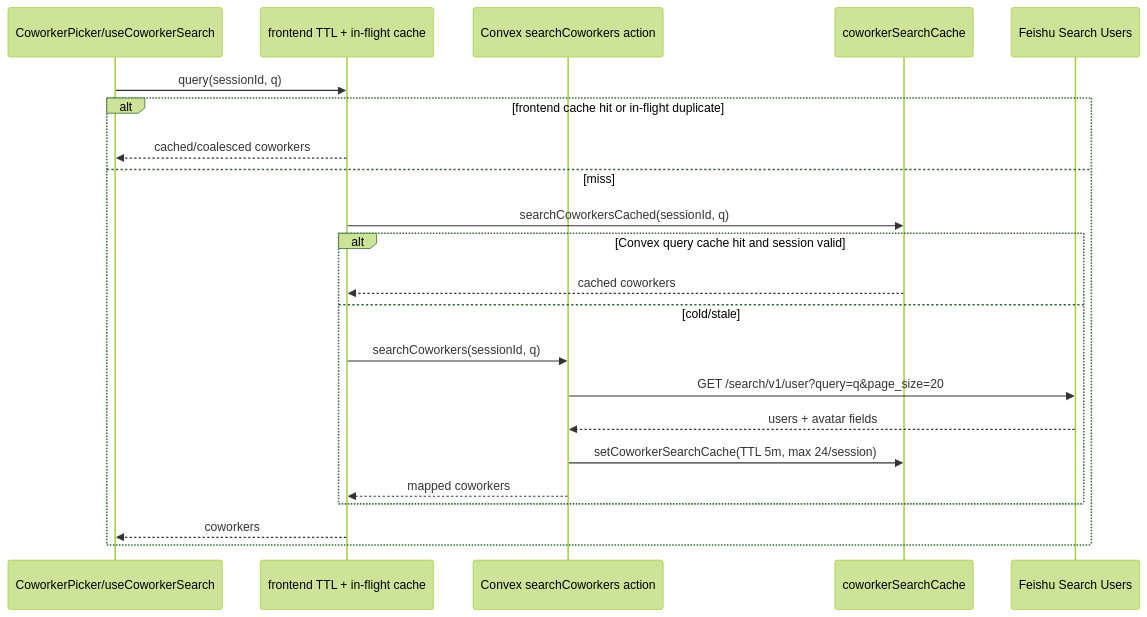
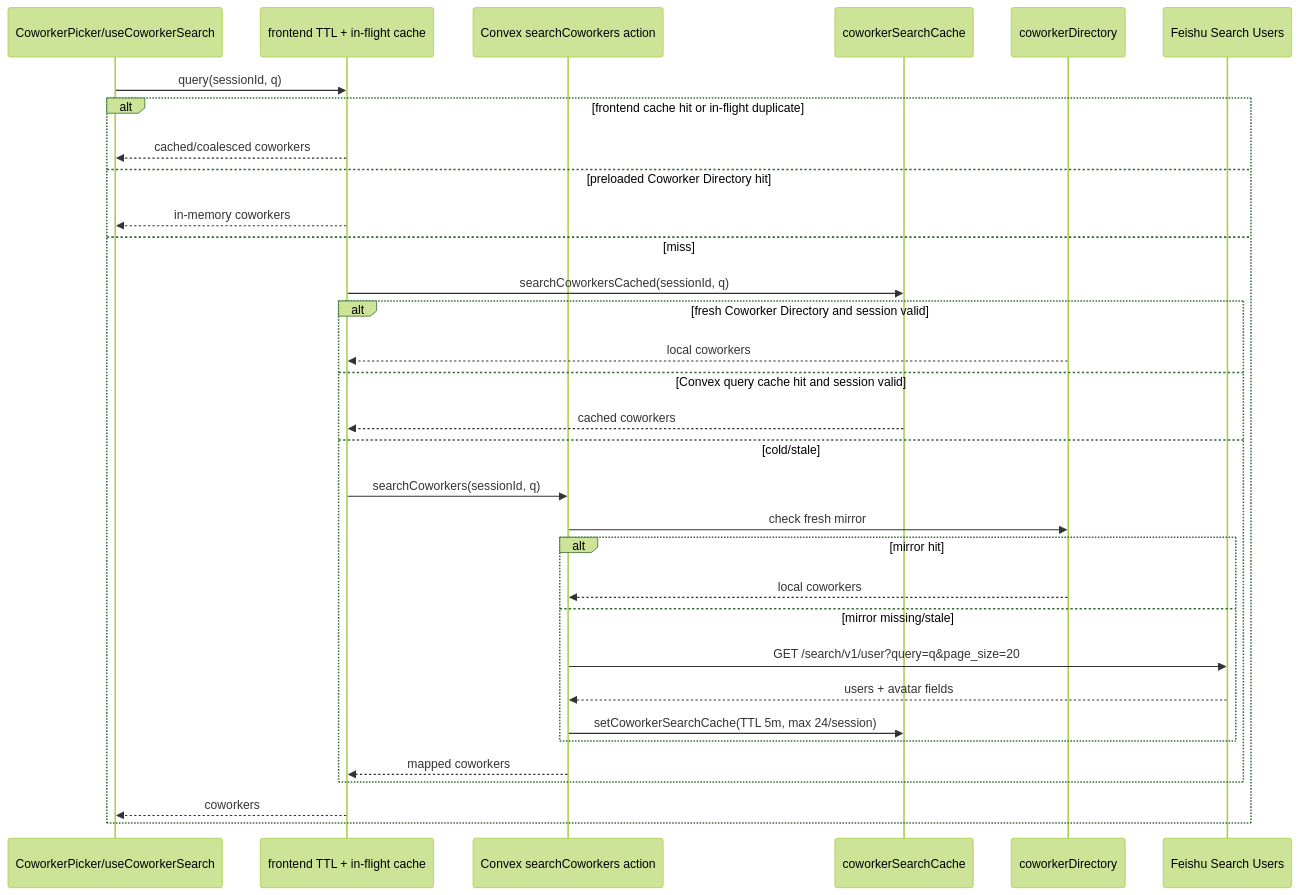
One commit to fpcMotif/outlook-feishu-bridge changed the second of 2 diagrams in docs/search-latency-review-and-recommendations.md. Above: the diagram before and after it, drawn with Mermaid (forest theme). The commit also changed other lines of this file and 19 other files, not shown here.

````diff
--- a/docs/search-latency-review-and-recommendations.md
+++ b/docs/search-latency-review-and-recommendations.md
@@ -35,25 +36,35 @@
 ```mermaid
 sequenceDiagram
   participant UI as CoworkerPicker/useCoworkerSearch
   participant Mem as frontend TTL + in-flight cache
   participant A as Convex searchCoworkers action
   participant DB as coworkerSearchCache
+  participant CD as coworkerDirectory
   participant F as Feishu Search Users
 
   UI->>Mem: query(sessionId, q)
   alt frontend cache hit or in-flight duplicate
     Mem-->>UI: cached/coalesced coworkers
+  else preloaded Coworker Directory hit
+    Mem-->>UI: in-memory coworkers
   else miss
     Mem->>DB: searchCoworkersCached(sessionId, q)
-    alt Convex query cache hit and session valid
+    alt fresh Coworker Directory and session valid
+      CD-->>Mem: local coworkers
+    else Convex query cache hit and session valid
       DB-->>Mem: cached coworkers
     else cold/stale
       Mem->>A: searchCoworkers(sessionId, q)
+      A->>CD: check fresh mirror
+      alt mirror hit
+        CD-->>A: local coworkers
+      else mirror missing/stale
       A->>F: GET /search/v1/user?query=q&page_size=20
       F-->>A: users + avatar fields
       A->>DB: setCoworkerSearchCache(TTL 5m, max 24/session)
+      end
       A-->>Mem: mapped coworkers
     end
     Mem-->>UI: coworkers
   end
 ```
````
